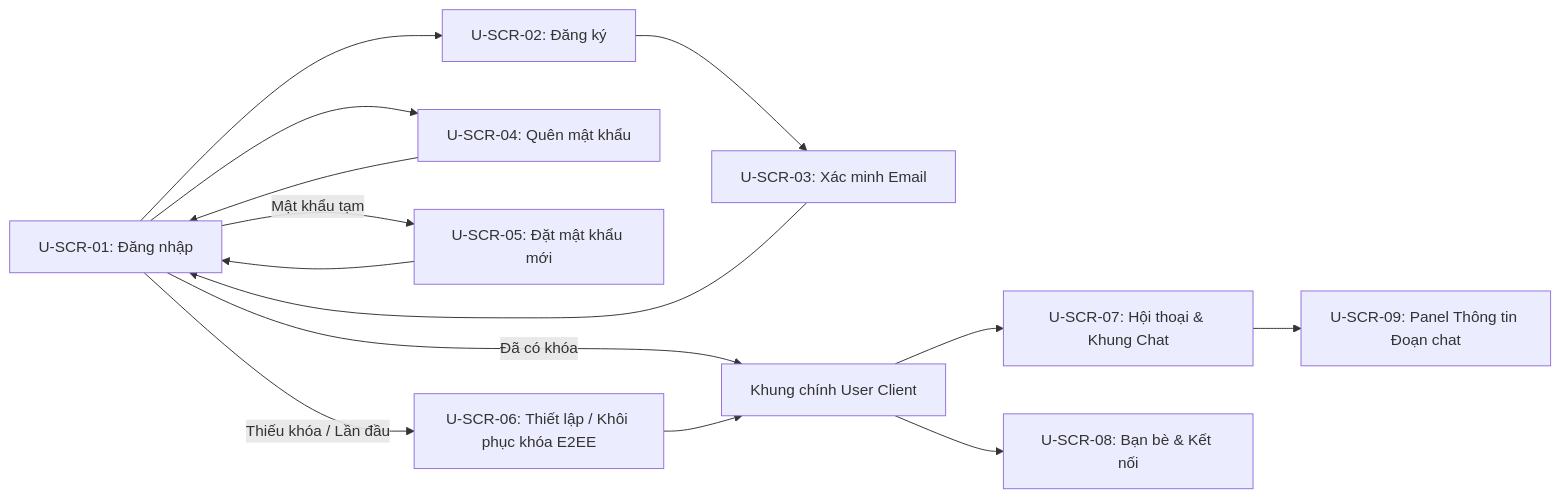
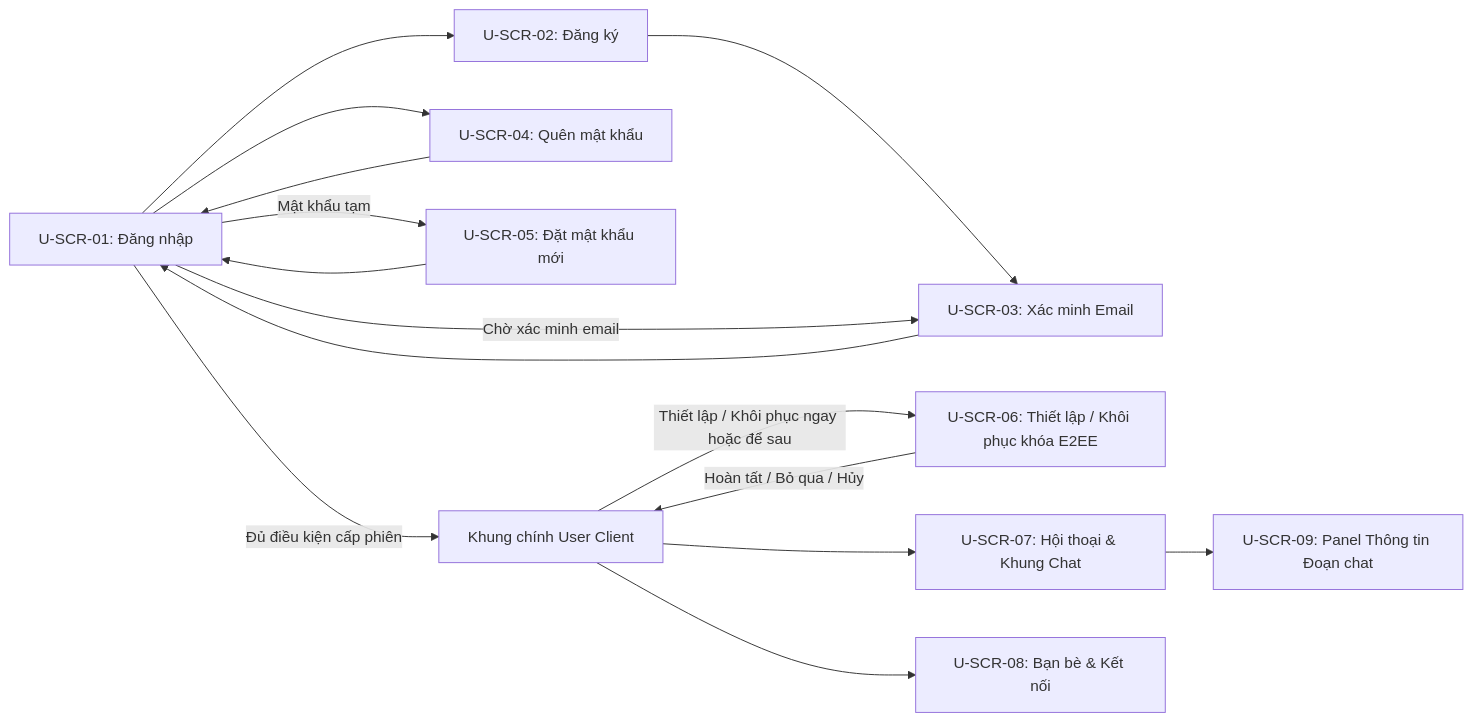
Before and after one commit to Ladenyx/ChatSystem: the first of 2 diagrams in docs/requirements/screen.md, drawn with Mermaid. The commit also changed other lines of this file and 6 other files, not shown here.

````diff
--- a/docs/requirements/screen.md
+++ b/docs/requirements/screen.md
@@ -11,16 +11,17 @@
 ```mermaid
 flowchart LR
     Login["U-SCR-01: Đăng nhập"] --> SignUp["U-SCR-02: Đăng ký"]
     SignUp --> VerifyEmail["U-SCR-03: Xác minh Email"]
     VerifyEmail --> Login
+    Login -- "Chờ xác minh email" --> VerifyEmail
     Login --> ForgotPwd["U-SCR-04: Quên mật khẩu"]
     ForgotPwd --> Login
     Login -- "Mật khẩu tạm" --> ForcePwd["U-SCR-05: Đặt mật khẩu mới"]
     ForcePwd --> Login
-    Login -- "Thiếu khóa / Lần đầu" --> E2EEKey["U-SCR-06: Thiết lập / Khôi phục khóa E2EE"]
-    Login -- "Đã có khóa" --> MainShell["Khung chính User Client"]
-    E2EEKey --> MainShell
+    Login -- "Đủ điều kiện cấp phiên" --> MainShell["Khung chính User Client"]
+    MainShell -- "Thiết lập / Khôi phục ngay hoặc để sau" --> E2EEKey["U-SCR-06: Thiết lập / Khôi phục khóa E2EE"]
+    E2EEKey -- "Hoàn tất / Bỏ qua / Hủy" --> MainShell
     MainShell --> ChatView["U-SCR-07: Hội thoại & Khung Chat"]
     MainShell --> ContactsView["U-SCR-08: Bạn bè & Kết nối"]
     ChatView --> InfoDrawer["U-SCR-09: Panel Thông tin Đoạn chat"]
 ```
````
